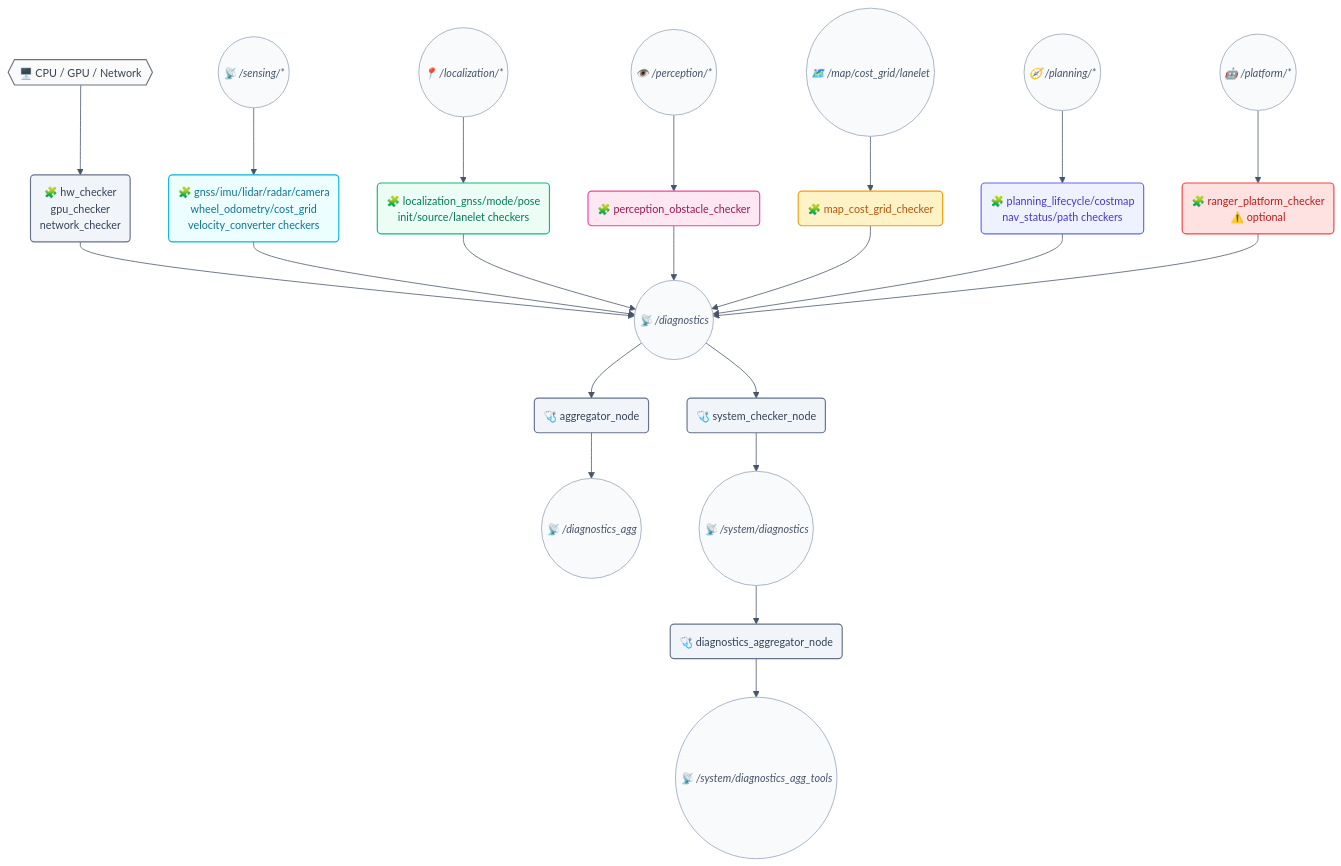
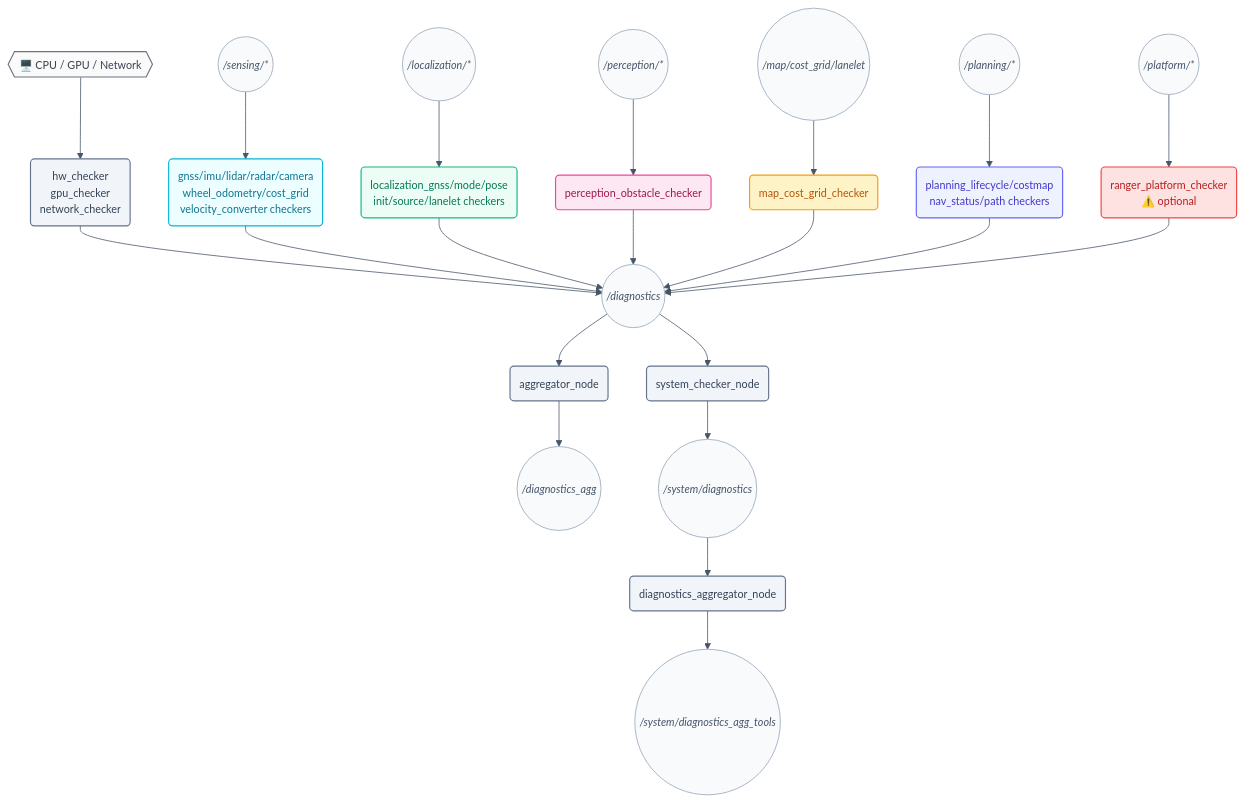
The second of 4 diagrams in camrod_system/README.md (hwanhonglee/CAMROD), drawn with Mermaid before and after one commit. The commit also changed other lines of this file and 11 other files, not shown here.

First line of the commit message:
docs: fix Mermaid syntax errors and reduce emoji overuse in all READMEs

````diff
--- a/camrod_system/README.md
+++ b/camrod_system/README.md
@@ -76,31 +76,31 @@
 ```mermaid
 %%{init: {'theme': 'base', 'themeVariables': {'fontFamily': 'ui-sans-serif, system-ui, sans-serif', 'fontSize': '14px', 'primaryColor': '#F1F5F9', 'primaryTextColor': '#0F172A', 'primaryBorderColor': '#64748B', 'lineColor': '#475569'}, 'flowchart': {'curve': 'basis', 'htmlLabels': true, 'padding': 12}}}%%
 graph TD
-  HW{{🖥️ CPU / GPU / Network}}:::hardware --> HWCHK(🧩 hw_checker\ngpu_checker\nnetwork_checker):::system
-  SENS((📡 /sensing/*)):::topic --> SENSCHK(🧩 gnss/imu/lidar/radar/camera\nwheel_odometry/cost_grid\nvelocity_converter checkers):::sensing
-  LOC((📍 /localization/*)):::topic --> LOCCHK(🧩 localization_gnss/mode/pose\ninit/source/lanelet checkers):::localization
-  PER((👁️ /perception/*)):::topic --> PERCHK(🧩 perception_obstacle_checker):::perception
-  MAP((🗺️ /map/cost_grid/lanelet)):::topic --> MAPCHK(🧩 map_cost_grid_checker):::mapping
-  PLAN((🧭 /planning/*)):::topic --> PLANCHK(🧩 planning_lifecycle/costmap\nnav_status/path checkers):::planning
-  PLAT((🤖 /platform/*)):::topic --> PLATOP(🧩 ranger_platform_checker\n⚠️ optional):::platform
+  HW{{🖥️ CPU / GPU / Network}}:::hardware --> HWCHK(hw_checker\ngpu_checker\nnetwork_checker):::system
+  SENS((/sensing/*)):::topic --> SENSCHK(gnss/imu/lidar/radar/camera\nwheel_odometry/cost_grid\nvelocity_converter checkers):::sensing
+  LOC((/localization/*)):::topic --> LOCCHK(localization_gnss/mode/pose\ninit/source/lanelet checkers):::localization
+  PER((/perception/*)):::topic --> PERCHK(perception_obstacle_checker):::perception
+  MAP((/map/cost_grid/lanelet)):::topic --> MAPCHK(map_cost_grid_checker):::mapping
+  PLAN((/planning/*)):::topic --> PLANCHK(planning_lifecycle/costmap\nnav_status/path checkers):::planning
+  PLAT((/platform/*)):::topic --> PLATOP(ranger_platform_checker\n⚠️ optional):::platform
 
-  HWCHK & SENSCHK & LOCCHK & PERCHK & MAPCHK & PLANCHK & PLATOP --> DIAG((📡 /diagnostics)):::topic
+  HWCHK & SENSCHK & LOCCHK & PERCHK & MAPCHK & PLANCHK & PLATOP --> DIAG((/diagnostics)):::topic
 
-  DIAG --> AGG(🩺 aggregator_node):::system
-  AGG --> DIAGAGG((📡 /diagnostics_agg)):::topic
+  DIAG --> AGG(aggregator_node):::system
+  AGG --> DIAGAGG((/diagnostics_agg)):::topic
 
-  DIAG --> SYSCHK(🩺 system_checker_node):::system
-  SYSCHK --> SYSDIAG((📡 /system/diagnostics)):::topic
-  SYSDIAG --> SYSAGG(🩺 diagnostics_aggregator_node):::system
-  SYSAGG --> TOOLS((📡 /system/diagnostics_agg_tools)):::topic
+  DIAG --> SYSCHK(system_checker_node):::system
+  SYSCHK --> SYSDIAG((/system/diagnostics)):::topic
+  SYSDIAG --> SYSAGG(diagnostics_aggregator_node):::system
+  SYSAGG --> TOOLS((/system/diagnostics_agg_tools)):::topic
 
   classDef sensing      fill:#ECFEFF,stroke:#06B6D4,stroke-width:1.5px,color:#0E7490;
   classDef localization fill:#ECFDF5,stroke:#10B981,stroke-width:1.5px,color:#047857;
   classDef mapping      fill:#FEF3C7,stroke:#F59E0B,stroke-width:1.5px,color:#B45309;
   classDef perception   fill:#FCE7F3,stroke:#EC4899,stroke-width:1.5px,color:#9D174D;
   classDef planning     fill:#EEF2FF,stroke:#6366F1,stroke-width:1.5px,color:#4338CA;
   classDef platform     fill:#FEE2E2,stroke:#EF4444,stroke-width:1.5px,color:#B91C1C;
   classDef system       fill:#F1F5F9,stroke:#64748B,stroke-width:1.5px,color:#334155;
   classDef hardware     fill:#FAFAFA,stroke:#6B7280,stroke-width:1.5px,color:#374151;
   classDef topic        fill:#F8FAFC,stroke:#94A3B8,stroke-width:1px,color:#475569,font-style:italic;
 ```
````
